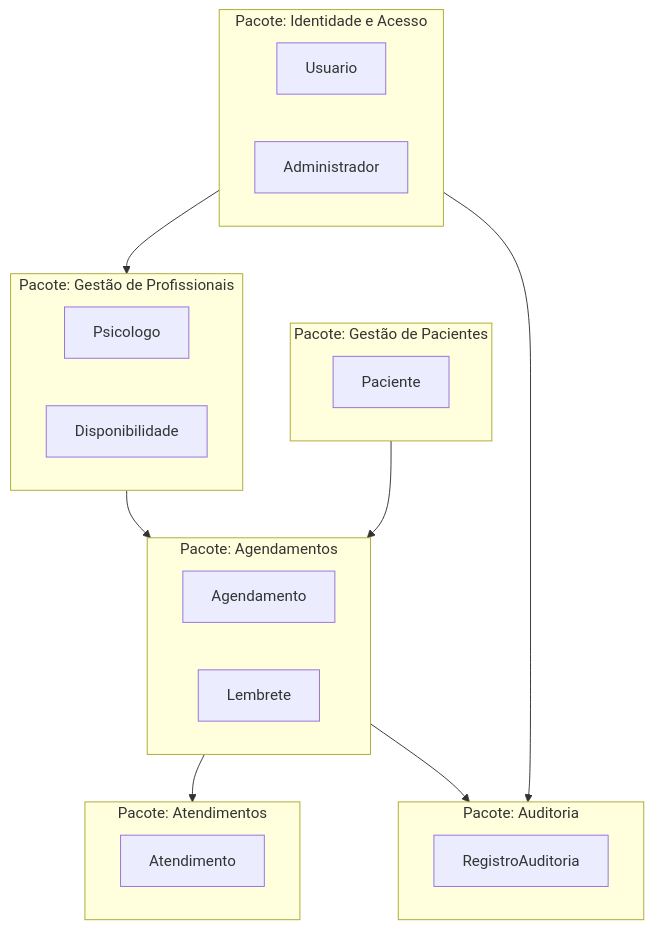
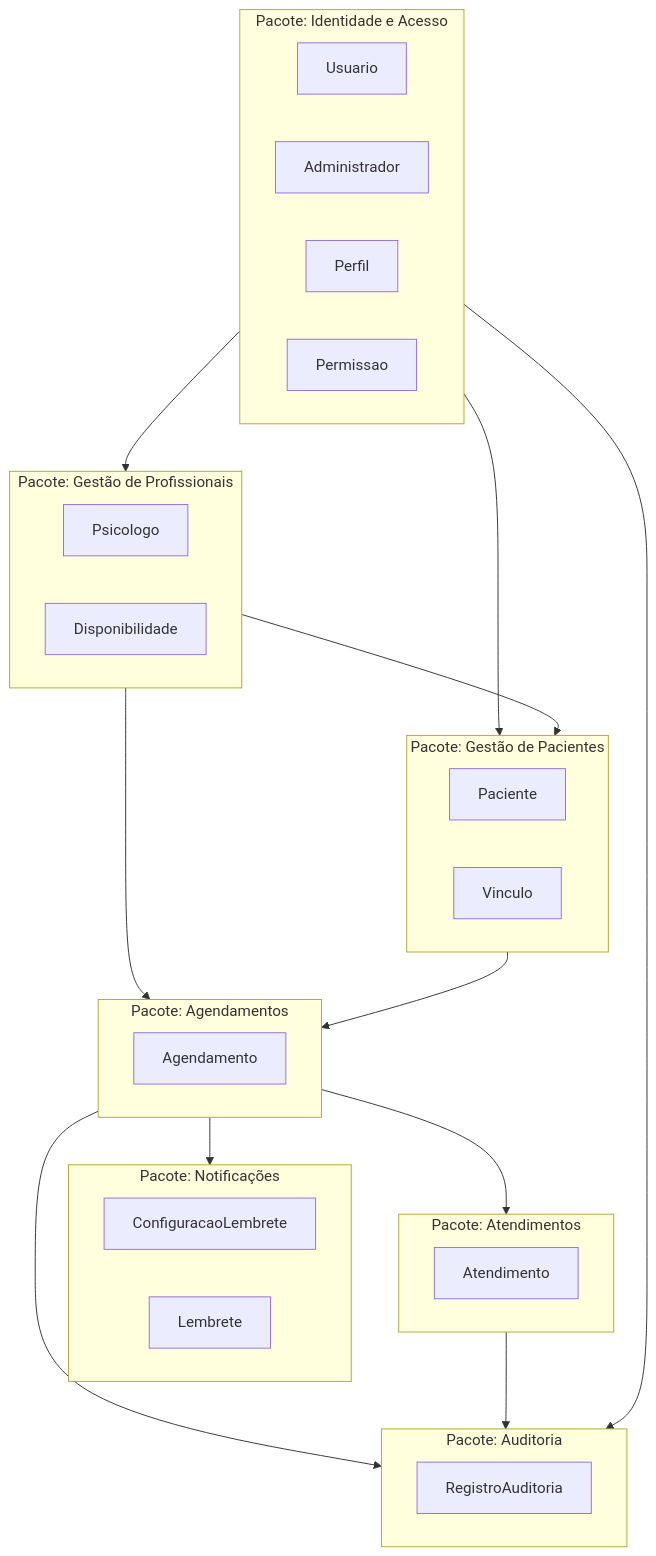
Before and after one commit to Icaro230307/AV3-PsiConnect: diagram 11 of 14 in README.md, drawn with Mermaid. The commit also changed other lines of this file, not shown here.

````diff
--- a/README.md
+++ b/README.md
@@ -327,36 +633,47 @@
 ```mermaid
 flowchart TB
     subgraph Identidade["Pacote: Identidade e Acesso"]
         Usuario["Usuario"]
         Administrador["Administrador"]
+        Perfil["Perfil"]
+        Permissao["Permissao"]
     end
 
     subgraph Profissionais["Pacote: Gestão de Profissionais"]
         Psicologo["Psicologo"]
         Disponibilidade["Disponibilidade"]
     end
 
     subgraph Pacientes["Pacote: Gestão de Pacientes"]
         Paciente["Paciente"]
+        Vinculo["Vinculo"]
     end
 
     subgraph Agendamentos["Pacote: Agendamentos"]
         Agendamento["Agendamento"]
+    end
+
+    subgraph Notificacoes["Pacote: Notificações"]
+        Configuracao["ConfiguracaoLembrete"]
         Lembrete["Lembrete"]
     end
 
     subgraph Atendimentos["Pacote: Atendimentos"]
         Atendimento["Atendimento"]
     end
 
     subgraph Auditoria["Pacote: Auditoria"]
         Registro["RegistroAuditoria"]
     end
 
     Identidade --> Profissionais
+    Identidade --> Pacientes
+    Profissionais --> Pacientes
     Profissionais --> Agendamentos
     Pacientes --> Agendamentos
+    Agendamentos --> Notificacoes
     Agendamentos --> Atendimentos
     Agendamentos --> Auditoria
+    Atendimentos --> Auditoria
     Identidade --> Auditoria
 ```
````
